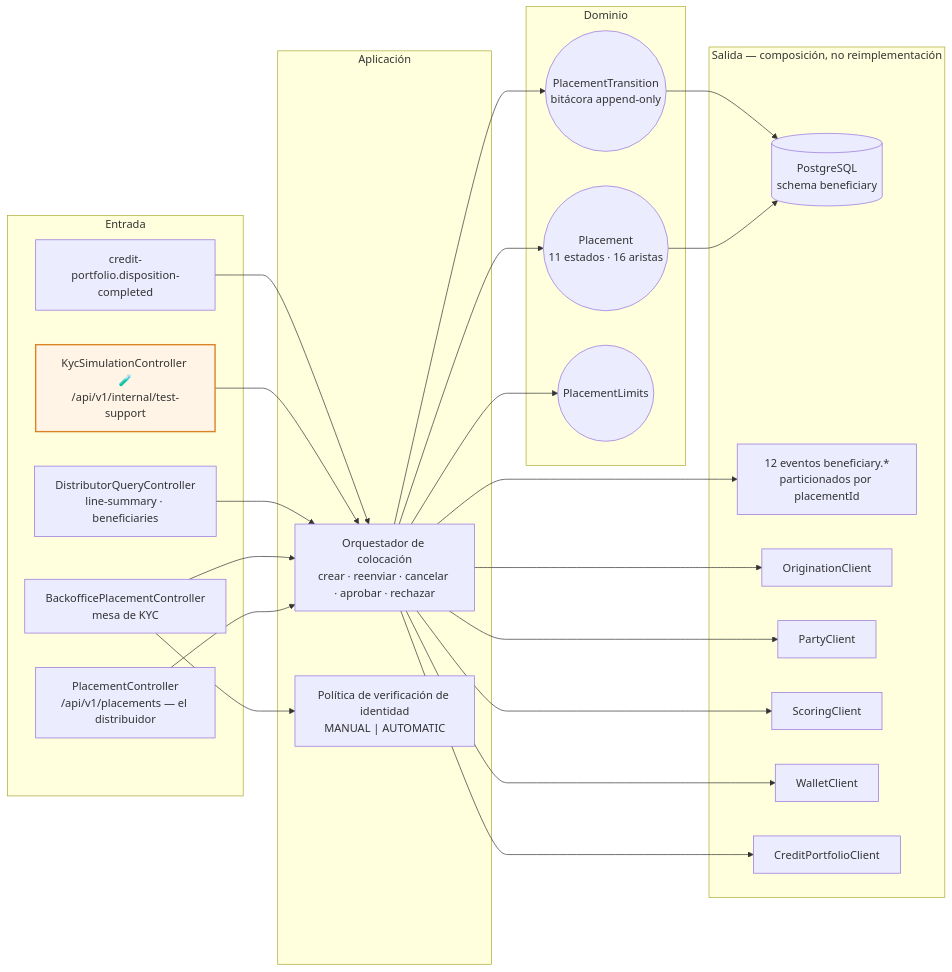
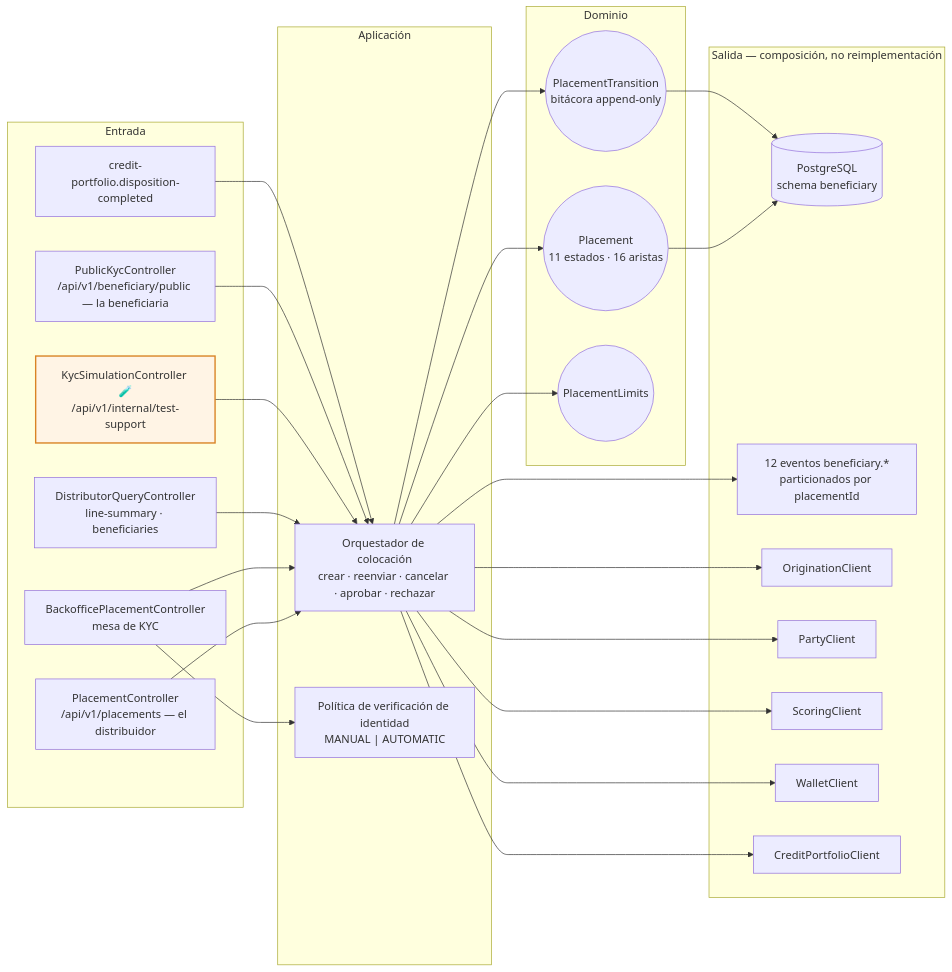
One commit to Emmanuel93/fintech-services changed the first of 3 diagrams in services/beneficiary-service/README.md. Above: the diagram before and after it, drawn with Mermaid. The commit also changed other lines of this file and 4 other files, not shown here.

````diff
--- a/services/beneficiary-service/README.md
+++ b/services/beneficiary-service/README.md
@@ -18,43 +18,45 @@
 ```mermaid
 flowchart LR
     subgraph in["Entrada"]
         DIST["PlacementController<br/>/api/v1/placements — el distribuidor"]
         BO["BackofficePlacementController<br/>mesa de KYC"]
         DQ["DistributorQueryController<br/>line-summary · beneficiaries"]
+        PUB["PublicKycController<br/>/api/v1/beneficiary/public — la beneficiaria"]
         KYCS["KycSimulationController 🧪<br/>/api/v1/internal/test-support"]
         L1["credit-portfolio.disposition-completed"]
     end
 
     subgraph app["Aplicación"]
         ORCH["Orquestador de colocación<br/>crear · reenviar · cancelar · aprobar · rechazar"]
         IDV["Política de verificación de identidad<br/>MANUAL | AUTOMATIC"]
     end
 
     subgraph dom["Dominio"]
         PL(("Placement<br/>11 estados · 16 aristas"))
         PT(("PlacementTransition<br/>bitácora append-only"))
         PLIM(("PlacementLimits"))
     end
 
     subgraph out["Salida — composición, no reimplementación"]
         DB[("PostgreSQL<br/>schema beneficiary")]
         K["12 eventos beneficiary.*<br/>particionados por placementId"]
         C1["OriginationClient"]
         C2["PartyClient"]
         C3["ScoringClient"]
         C4["WalletClient"]
         C5["CreditPortfolioClient"]
     end
 
     DIST & BO & DQ --> ORCH
     KYCS --> ORCH
+    PUB --> ORCH
     L1 --> ORCH
     BO --> IDV
     ORCH --> PL & PT & PLIM
     PL & PT --> DB
     ORCH --> K
     ORCH --> C1 & C2 & C3 & C4 & C5
 
     classDef mock fill:#fff4e5,stroke:#d98324,stroke-width:2px;
     class KYCS mock
 ```
````
